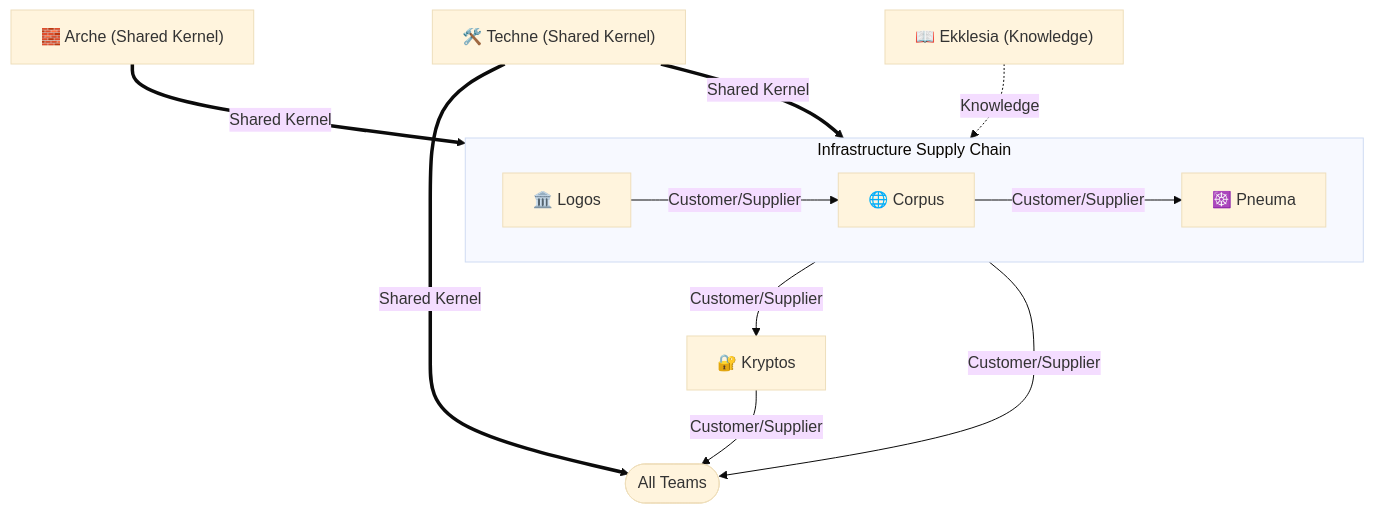
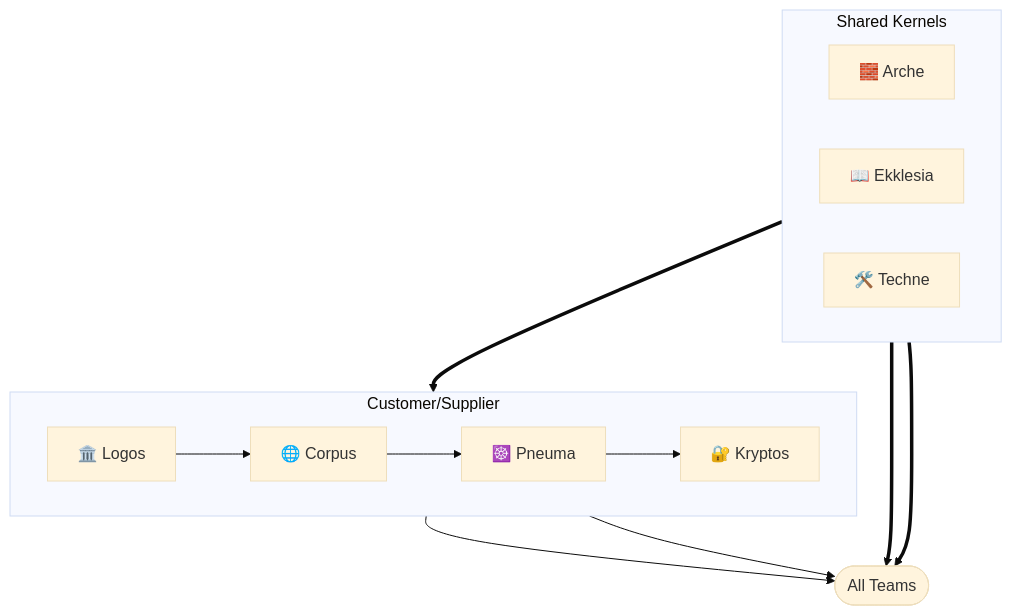
One commit to osinfra-io/pt-ekklesia-docs changed the diagram in docs/platform-teams/index.md. Above: the diagram before and after it, drawn with Mermaid (base theme). The commit also changed other lines of this file and 32 other files, not shown here.

````diff
--- a/docs/platform-teams/index.md
+++ b/docs/platform-teams/index.md
@@ -33,23 +33,24 @@
 ```mermaid
 flowchart TD
-    Arche["🧱 Arche (Shared Kernel)"]
-    Techne["🛠️ Techne (Shared Kernel)"]
-    Ekklesia["📖 Ekklesia (Knowledge)"]
-    Kryptos["🔐 Kryptos"]
     AllTeams(["All Teams"])
 
-    subgraph sc ["Infrastructure Supply Chain"]
+    subgraph sk ["Shared Kernels"]
         direction LR
-        Logos["🏛️ Logos"] -->|"Customer/Supplier"| Corpus["🌐 Corpus"]
-        Corpus -->|"Customer/Supplier"| Pneuma["☸️ Pneuma"]
+        Arche["🧱 Arche"]
+        Ekklesia["📖 Ekklesia"]
+        Techne["🛠️ Techne"]
     end
 
-    Arche ==>|"Shared Kernel"| sc
-    Ekklesia -.->|"Knowledge"| sc
-    Techne ==>|"Shared Kernel"| sc
-    Techne ==>|"Shared Kernel"| AllTeams
+    subgraph cs ["Customer/Supplier"]
+        direction LR
+        Logos["🏛️ Logos"] --> Corpus["🌐 Corpus"]
+        Corpus --> Pneuma["☸️ Pneuma"]
+        Pneuma --> Kryptos["🔐 Kryptos"]
+    end
 
-    Pneuma -->|"Customer/Supplier"| Kryptos
-    Pneuma -->|"Customer/Supplier"| AllTeams
-    Kryptos -->|"Customer/Supplier"| AllTeams
+    sk ==> cs
+    Ekklesia ==> AllTeams
+    Techne ==> AllTeams
+    Pneuma --> AllTeams
+    Kryptos --> AllTeams
 ```
````
